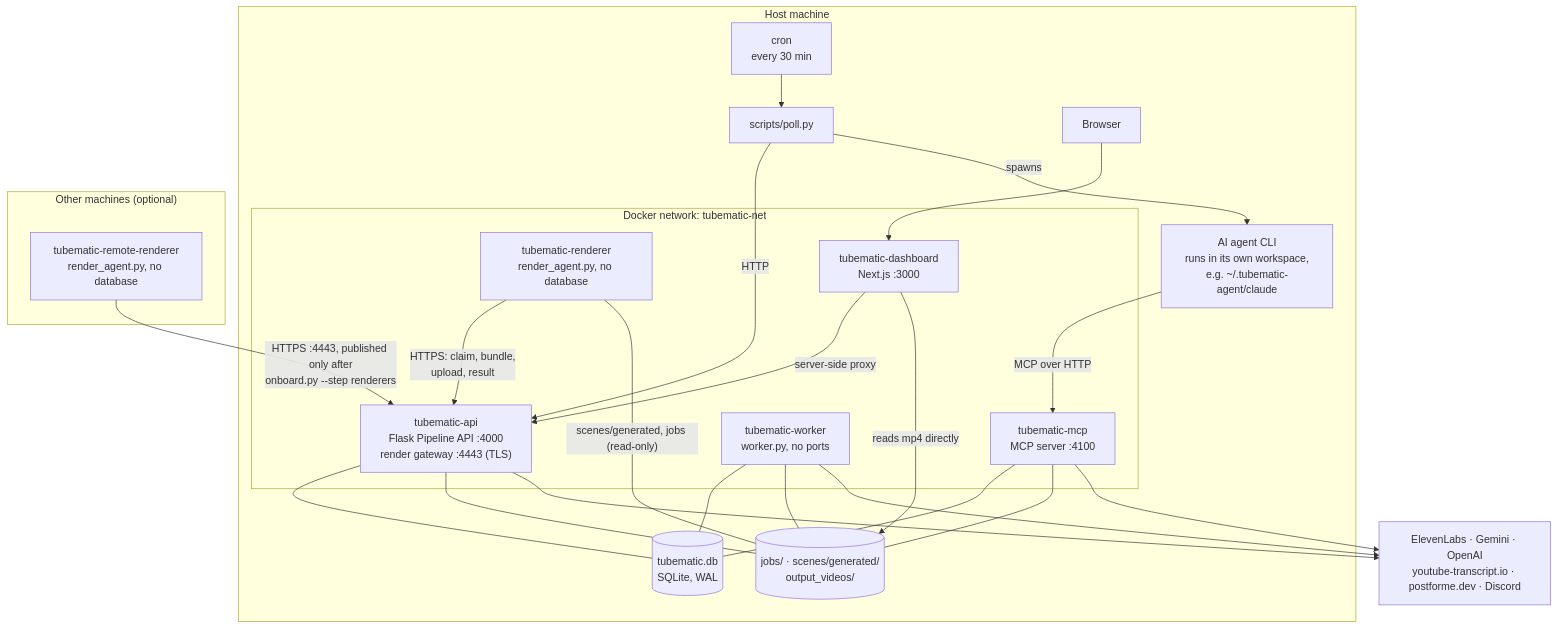
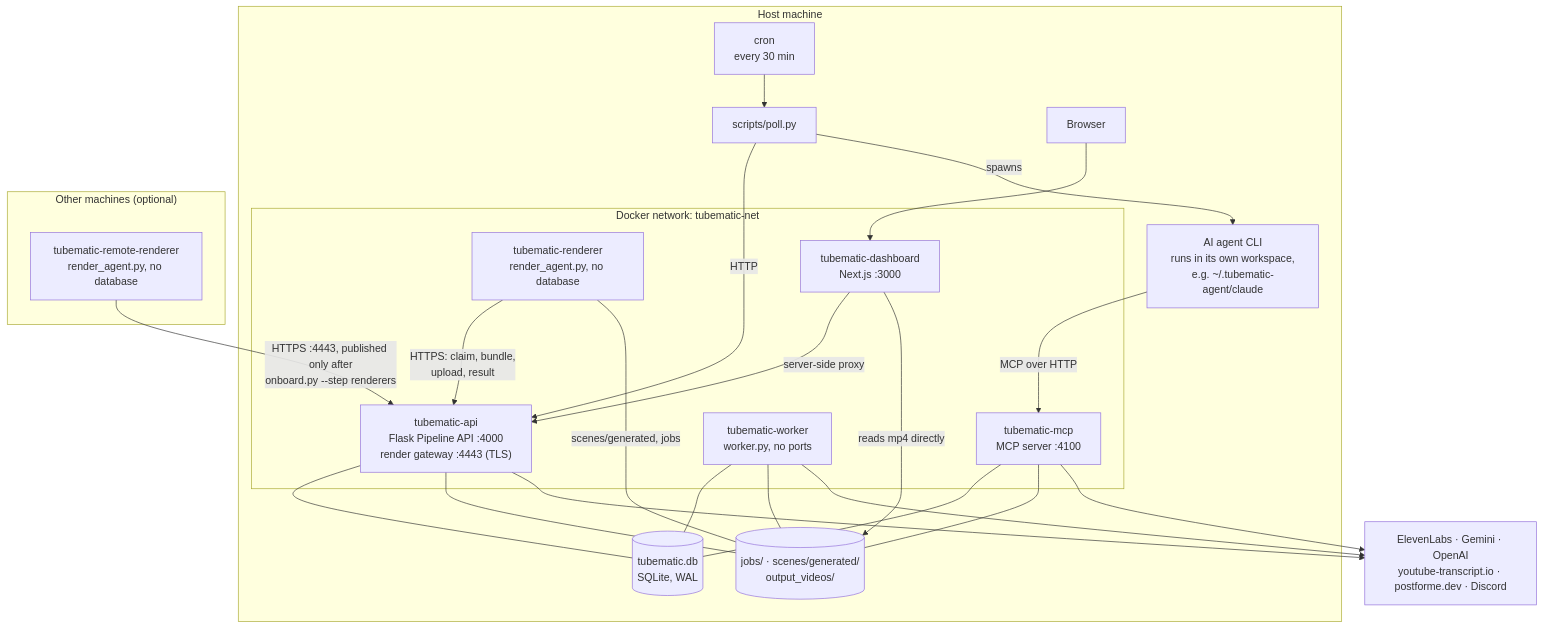
Before and after one commit to teja156/tubematic: the diagram in docs/developer/01-architecture.md, drawn with Mermaid. The commit also changed 11 other files, not shown here.

Commit message:
Renderer mounts /jobs read-write so Cartoon 3D stills can be written; the stills server refuses paths outside <video>/cartoon/ (TMDEV-208)

````diff
--- a/docs/developer/01-architecture.md
+++ b/docs/developer/01-architecture.md
@@ -12,48 +12,48 @@
 ```mermaid
 flowchart TB
     subgraph HOST["Host machine"]
         CRON["cron<br/>every 30 min"]
         POLL["scripts/poll.py"]
         AGENT["AI agent CLI<br/>runs in its own workspace,<br/>e.g. ~/.tubematic-agent/claude"]
         BROWSER["Browser"]
 
         subgraph NET["Docker network: tubematic-net"]
             FLASK["tubematic-api<br/>Flask Pipeline API :4000<br/>render gateway :4443 (TLS)"]
             MCP["tubematic-mcp<br/>MCP server :4100"]
             WORKER["tubematic-worker<br/>worker.py, no ports"]
             RENDER["tubematic-renderer<br/>render_agent.py, no database"]
             DASH["tubematic-dashboard<br/>Next.js :3000"]
         end
 
         DB[("tubematic.db<br/>SQLite, WAL")]
         FILES[("jobs/ · scenes/generated/<br/>output_videos/")]
     end
 
     EXT["ElevenLabs · Gemini · OpenAI<br/>youtube-transcript.io · postforme.dev · Discord"]
 
     subgraph REMOTE["Other machines (optional)"]
         RREND["tubematic-remote-renderer<br/>render_agent.py, no database"]
     end
 
     CRON --> POLL
     POLL -->|HTTP| FLASK
     POLL -->|spawns| AGENT
     AGENT -->|MCP over HTTP| MCP
     BROWSER --> DASH
     DASH -->|server-side proxy| FLASK
     DASH -->|reads mp4 directly| FILES
 
     FLASK --- DB
     MCP --- DB
     WORKER --- DB
     RENDER -->|"HTTPS: claim, bundle,<br/>upload, result"| FLASK
     FLASK --- FILES
     MCP --- FILES
     WORKER --- FILES
-    RENDER ---|"scenes/generated, jobs (read-only)"| FILES
+    RENDER ---|"scenes/generated, jobs"| FILES
     RREND -->|"HTTPS :4443, published only after<br/>onboard.py --step renderers"| FLASK
 
     MCP --> EXT
     WORKER --> EXT
     FLASK --> EXT
 ```
````
